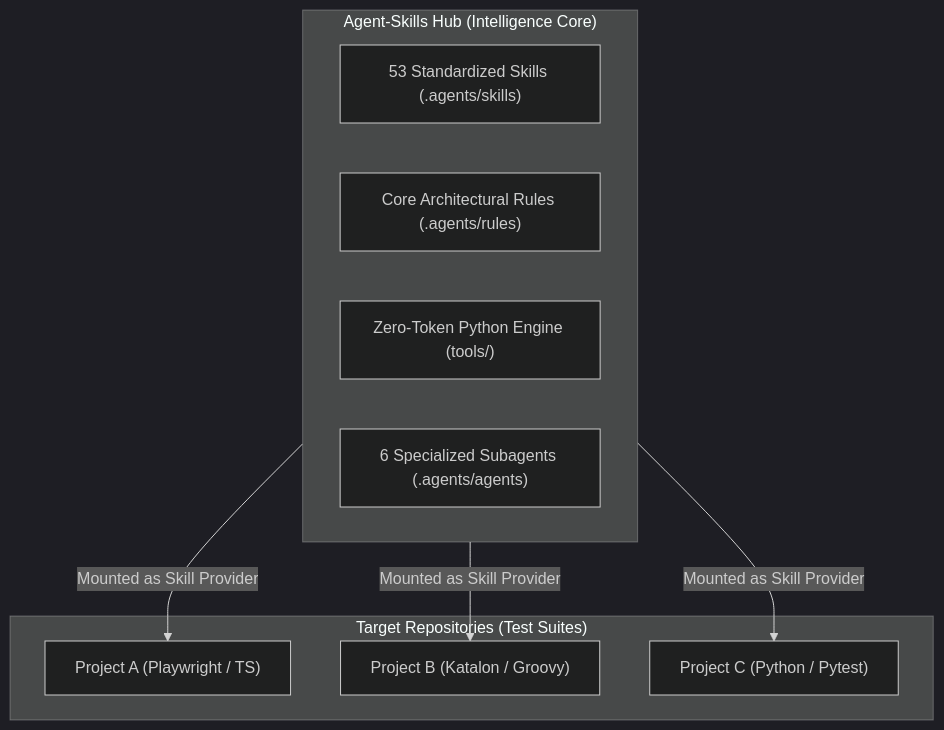
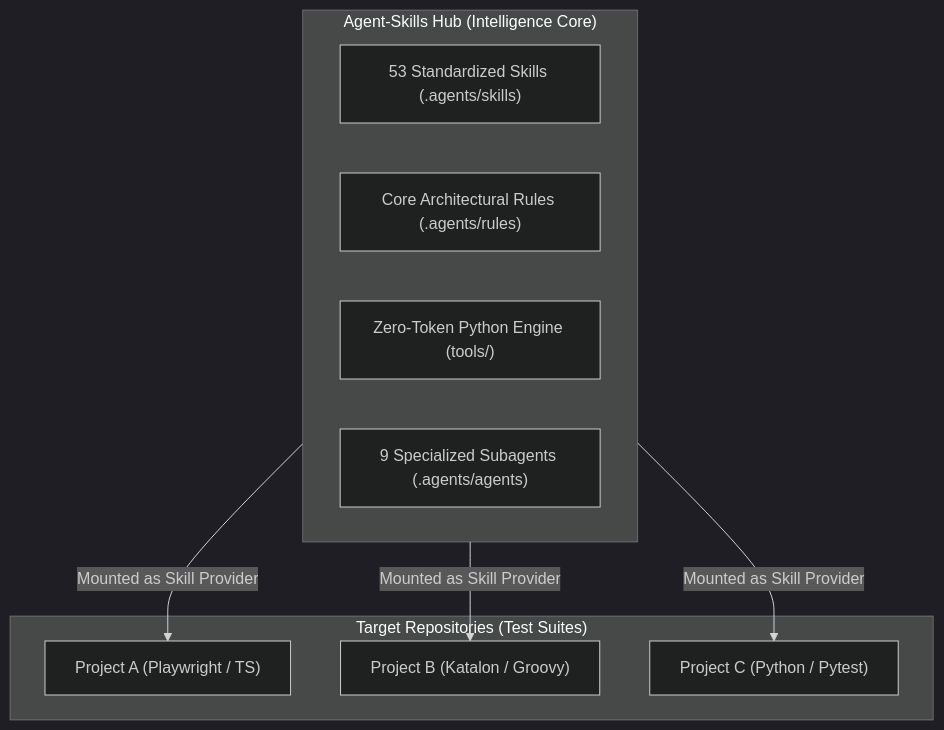
The first of 3 diagrams in docs/ARCHITECTURE.en.md (TeeVee98/Synapse-Hub), drawn with Mermaid (dark theme) before and after one commit. The commit also changed other lines of this file and 103 other files, not shown here.

````diff
--- a/docs/ARCHITECTURE.en.md
+++ b/docs/ARCHITECTURE.en.md
@@ -14,19 +14,19 @@
 ```mermaid
 flowchart TD
     subgraph Hub["Agent-Skills Hub (Intelligence Core)"]
         Catalog["53 Standardized Skills (.agents/skills)"]
         Rules["Core Architectural Rules (.agents/rules)"]
         Tools["Zero-Token Python Engine (tools/)"]
-        Swarm["6 Specialized Subagents (.agents/agents)"]
+        Swarm["9 Specialized Subagents (.agents/agents)"]
     end
 
     subgraph Spokes["Target Repositories (Test Suites)"]
         Repo1["Project A (Playwright / TS)"]
         Repo2["Project B (Katalon / Groovy)"]
         Repo3["Project C (Python / Pytest)"]
     end
 
     Hub -->|Mounted as Skill Provider| Repo1
     Hub -->|Mounted as Skill Provider| Repo2
     Hub -->|Mounted as Skill Provider| Repo3
 ```
````
